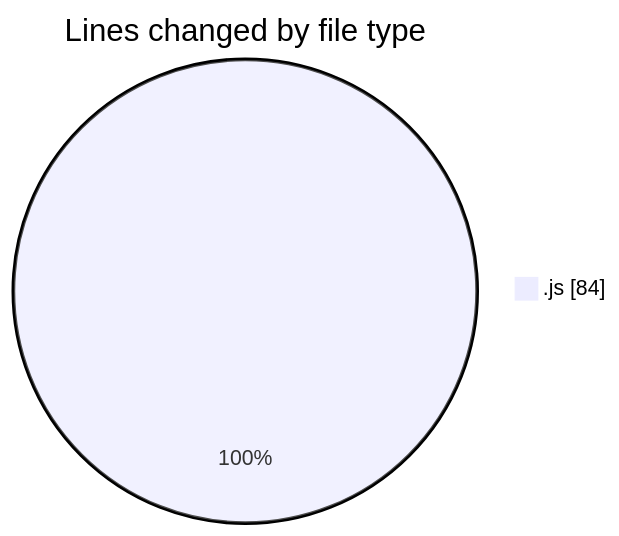
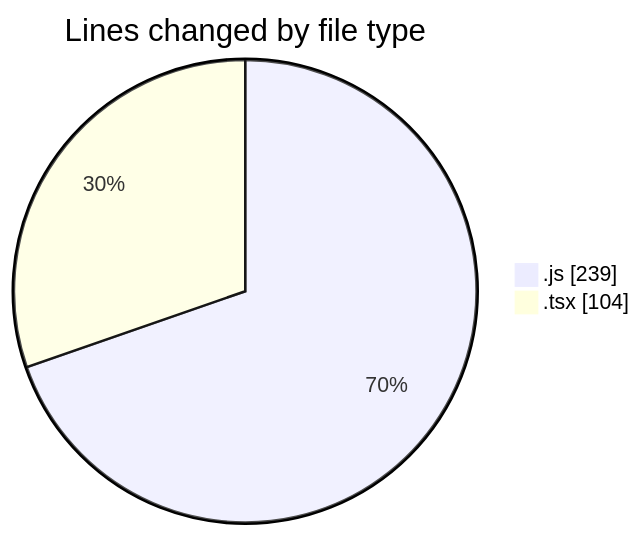
Before and after one commit to momahboobian/code-tracking: the first of 2 diagrams in 2026-03-12/cda/README.md, drawn with Mermaid. The commit also changed other lines of this file and 1 other file, not shown here.

````diff
--- a/2026-03-12/cda/README.md
+++ b/2026-03-12/cda/README.md
@@ -22,5 +24,6 @@
 ```mermaid
 pie showData
 title Lines changed by file type
-".js" : 84
+".js" : 239
+".tsx" : 104
 ```
````
